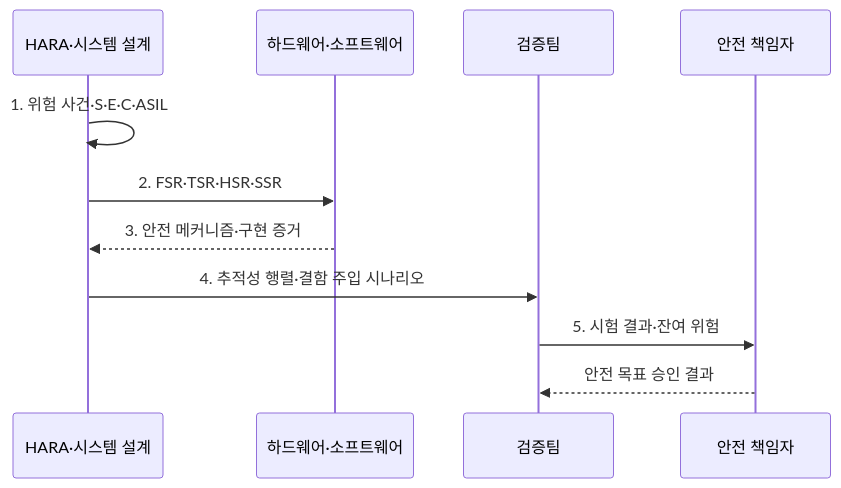
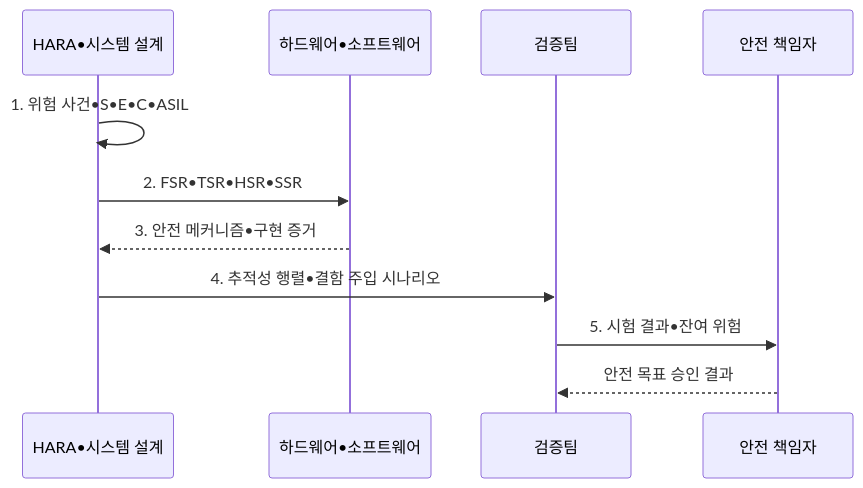
One commit to agnusdei1207/knowledge-base changed the second of 2 diagrams in src/content/docs/notes/03-software/078_functional_safety_iso_26262_asil.md. Above: the diagram before and after it, drawn with Mermaid. The commit also changed other lines of this file and 953 other files, not shown here.

````diff
--- a/src/content/docs/notes/03-software/078_functional_safety_iso_26262_asil.md
+++ b/src/content/docs/notes/03-software/078_functional_safety_iso_26262_asil.md
@@ -103,13 +103,13 @@
 ```mermaid
 sequenceDiagram
-    participant A as HARA·시스템 설계
-    participant W as 하드웨어·소프트웨어
+    participant A as HARA•시스템 설계
+    participant W as 하드웨어•소프트웨어
     participant V as 검증팀
     participant S as 안전 책임자
-    A->>A: 1. 위험 사건·S·E·C·ASIL
-    A->>W: 2. FSR·TSR·HSR·SSR
-    W-->>A: 3. 안전 메커니즘·구현 증거
-    A->>V: 4. 추적성 행렬·결함 주입 시나리오
-    V->>S: 5. 시험 결과·잔여 위험
+    A->>A: 1. 위험 사건•S•E•C•ASIL
+    A->>W: 2. FSR•TSR•HSR•SSR
+    W-->>A: 3. 안전 메커니즘•구현 증거
+    A->>V: 4. 추적성 행렬•결함 주입 시나리오
+    V->>S: 5. 시험 결과•잔여 위험
     S-->>V: 안전 목표 승인 결과
 ```
````
